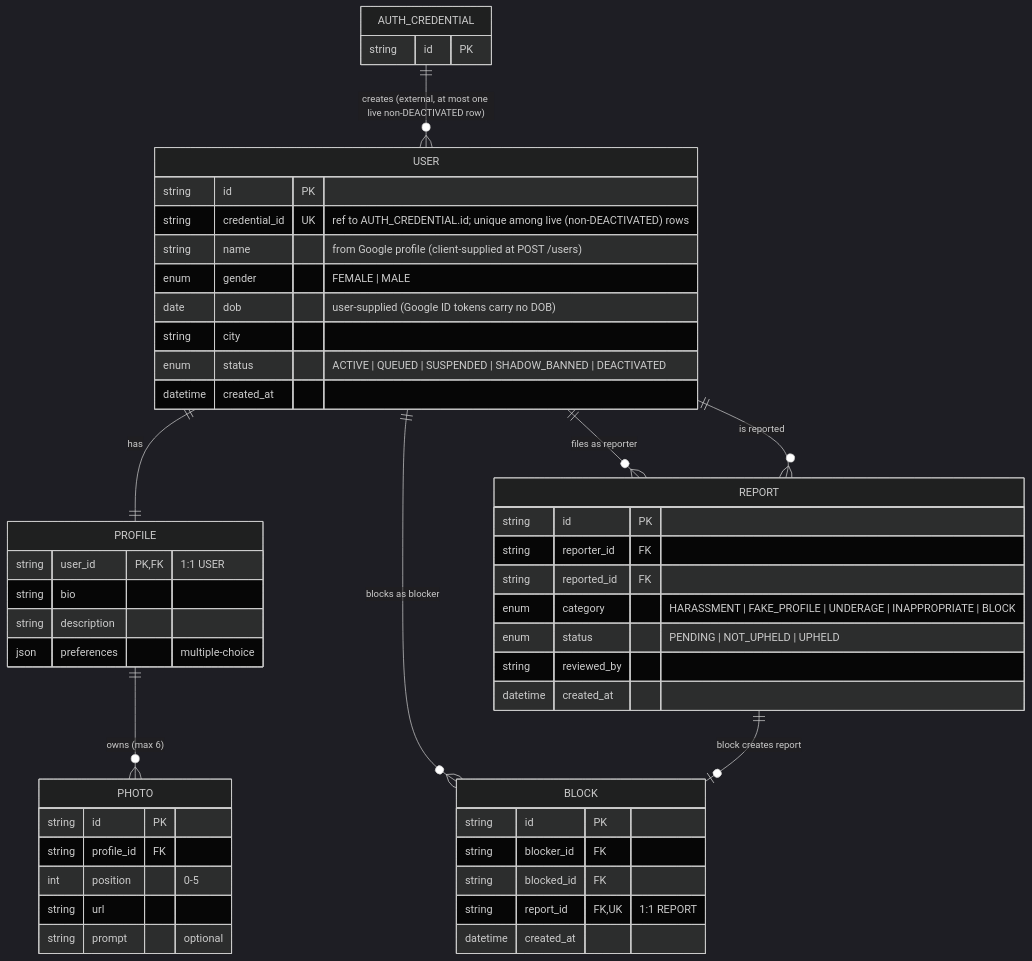
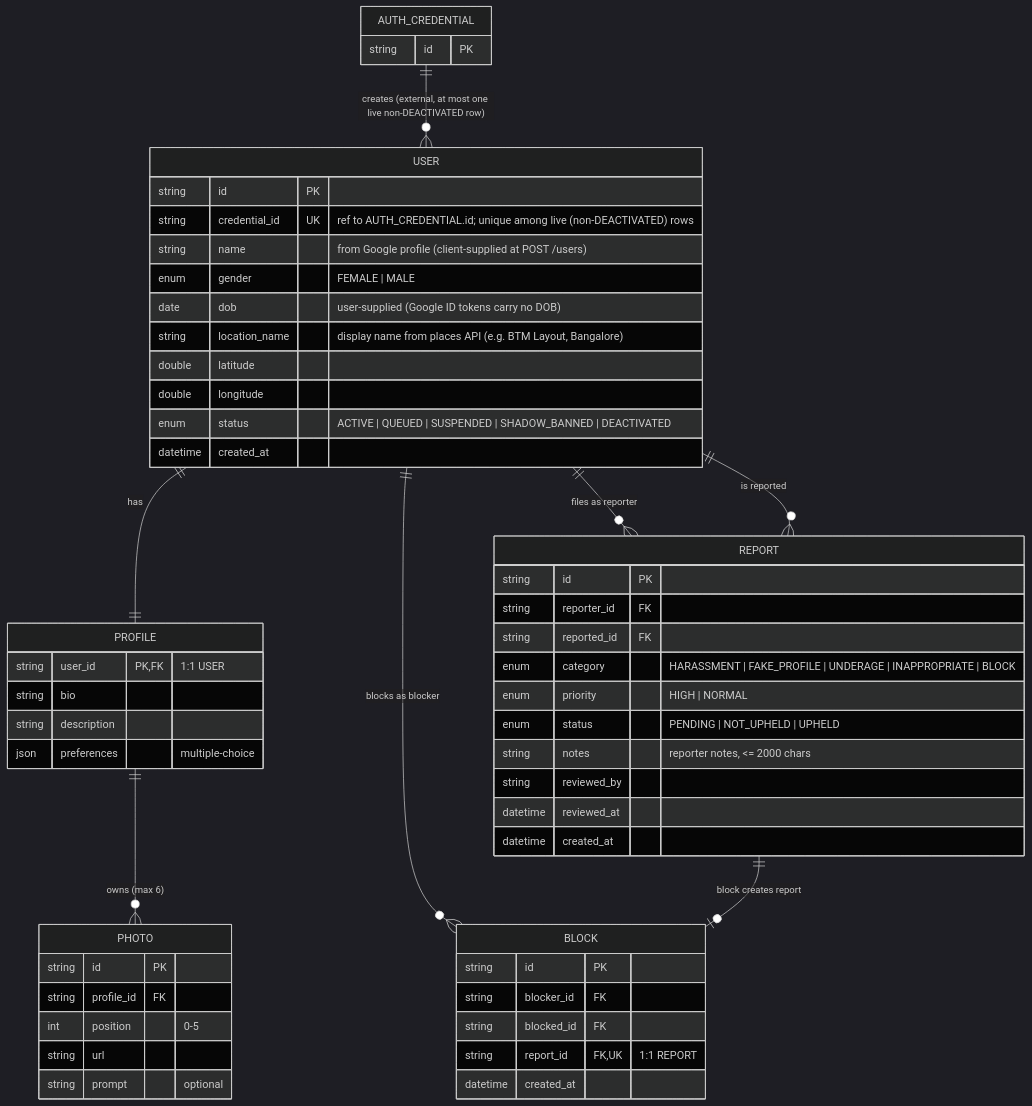
Before and after one commit to cheetah-org/fold-design: the second of 8 diagrams in entities/er-diagram.md, drawn with Mermaid (dark theme). The commit also changed other lines of this file and 12 other files, not shown here.

First line of the commit message:
Sync ER diagram with API specs, replace city with location/region, fix cross-doc errors

````diff
--- a/entities/er-diagram.md
+++ b/entities/er-diagram.md
@@ -207,57 +222,62 @@
 ```mermaid
 erDiagram
     %% Owned entities
     USER {
         string id PK
         string credential_id UK "ref to AUTH_CREDENTIAL.id; unique among live (non-DEACTIVATED) rows"
         string name "from Google profile (client-supplied at POST /users)"
         enum gender "FEMALE | MALE"
         date dob "user-supplied (Google ID tokens carry no DOB)"
-        string city
+        string location_name "display name from places API (e.g. BTM Layout, Bangalore)"
+        double latitude
+        double longitude
         enum status "ACTIVE | QUEUED | SUSPENDED | SHADOW_BANNED | DEACTIVATED"
         datetime created_at
     }
     PROFILE {
         string user_id PK, FK "1:1 USER"
         string bio
         string description
         json preferences "multiple-choice"
     }
     PHOTO {
         string id PK
         string profile_id FK
         int position "0-5"
         string url
         string prompt "optional"
     }
     REPORT {
         string id PK
         string reporter_id FK
         string reported_id FK
         enum category "HARASSMENT | FAKE_PROFILE | UNDERAGE | INAPPROPRIATE | BLOCK"
+        enum priority "HIGH | NORMAL"
         enum status "PENDING | NOT_UPHELD | UPHELD"
+        string notes "reporter notes, <= 2000 chars"
         string reviewed_by
+        datetime reviewed_at
         datetime created_at
     }
     BLOCK {
         string id PK
         string blocker_id FK
         string blocked_id FK
         string report_id FK, UK "1:1 REPORT"
         datetime created_at
     }
 
     %% External reference (owned by Auth Service)
     AUTH_CREDENTIAL {
         string id PK
     }
 
     %% Relationships
     AUTH_CREDENTIAL ||--o{ USER : "creates (external, at most one live non-DEACTIVATED row)"
     USER ||--|| PROFILE : "has"
     PROFILE ||--o{ PHOTO : "owns (max 6)"
     USER ||--o{ REPORT : "files as reporter"
     USER ||--o{ REPORT : "is reported"
     USER ||--o{ BLOCK : "blocks as blocker"
     REPORT ||--o| BLOCK : "block creates report"
 ```
````
